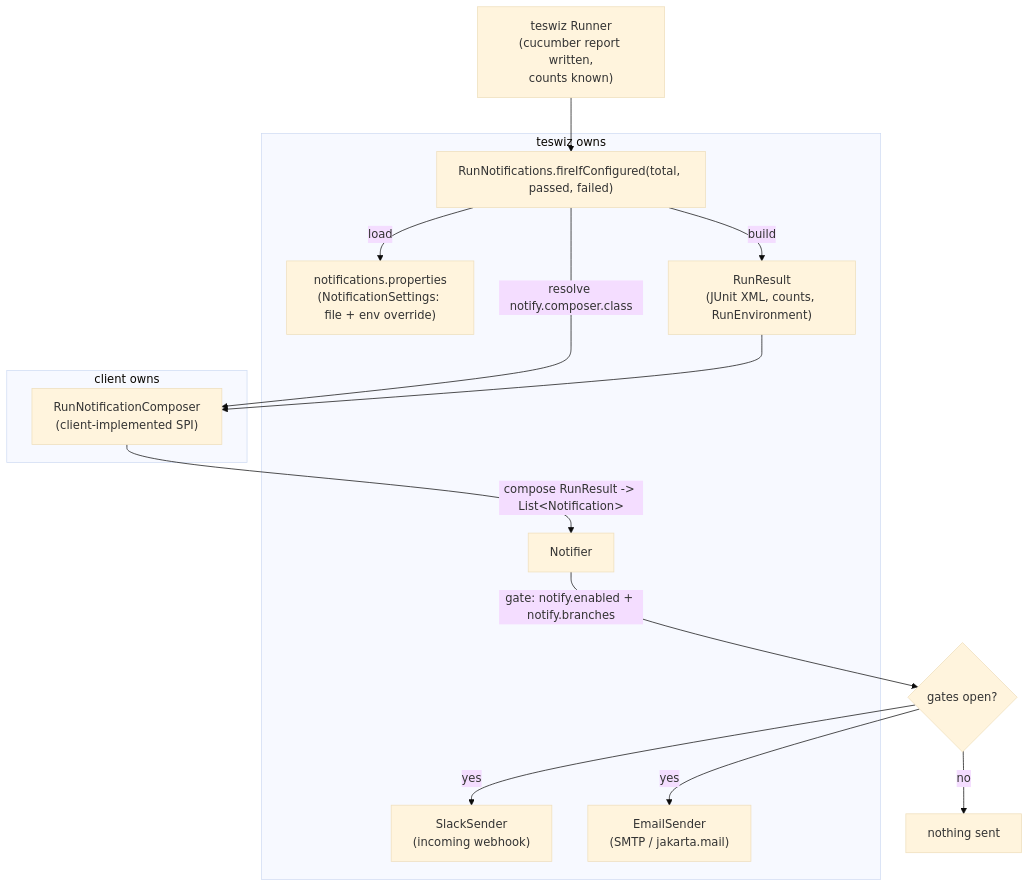
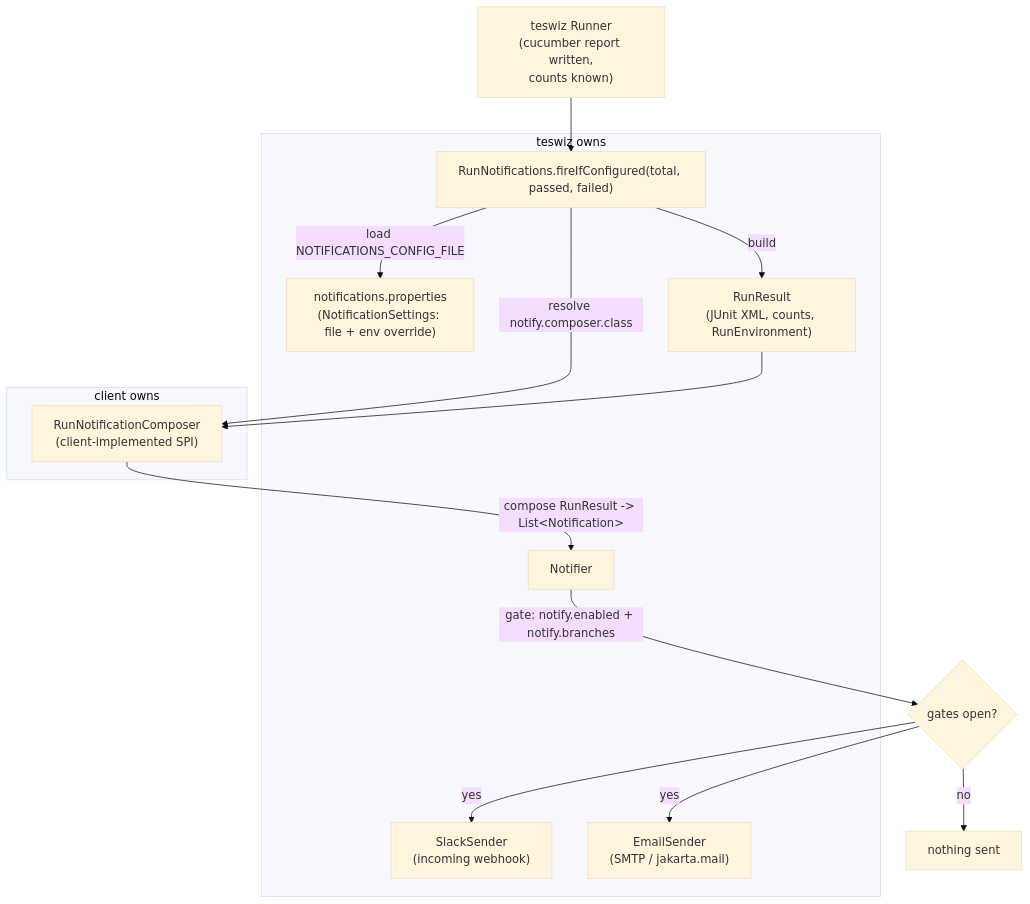
The diagram in docs/subsystems/run-notifications.md (anandbagmar/teswiz), drawn with Mermaid (base theme) before and after one commit. The commit also changed other lines of this file and 67 other files, not shown here.

First line of the commit message:
refactor: resolve notifications file via NOTIFICATIONS_CONFIG_FILE (GAMC-19572)

````diff
--- a/docs/subsystems/run-notifications.md
+++ b/docs/subsystems/run-notifications.md
@@ -23,25 +24,25 @@
 ```mermaid
 flowchart TD
     RUN["teswiz Runner\n(cucumber report written,\ncounts known)"] --> FIRE["RunNotifications.fireIfConfigured(total, passed, failed)"]
-    FIRE -->|load| SET["notifications.properties\n(NotificationSettings: file + env override)"]
+    FIRE -->|load NOTIFICATIONS_CONFIG_FILE| SET["notifications.properties\n(NotificationSettings: file + env override)"]
     FIRE -->|resolve notify.composer.class| COMP["RunNotificationComposer\n(client-implemented SPI)"]
     FIRE -->|build| RR["RunResult\n(JUnit XML, counts, RunEnvironment)"]
     RR --> COMP
     COMP -->|compose RunResult -> List&lt;Notification&gt;| NTF["Notifier"]
     NTF -->|gate: notify.enabled + notify.branches| GATE{"gates open?"}
     GATE -->|no| NOOP["nothing sent"]
     GATE -->|yes| SLACK["SlackSender\n(incoming webhook)"]
     GATE -->|yes| EMAIL["EmailSender\n(SMTP / jakarta.mail)"]
 
     subgraph TESWIZ_OWNS["teswiz owns"]
         FIRE
         SET
         NTF
         SLACK
         EMAIL
         RR
     end
     subgraph CLIENT_OWNS["client owns"]
         COMP
     end
 ```
````
